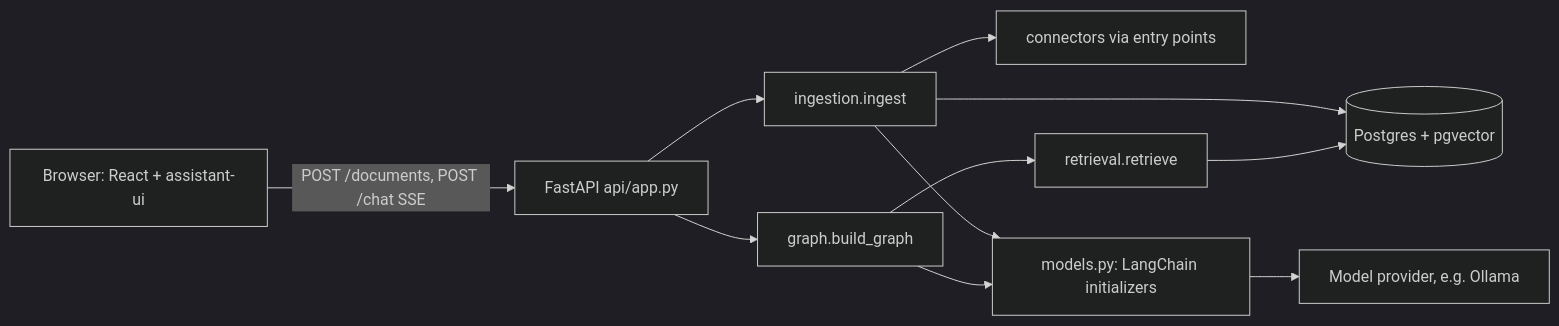
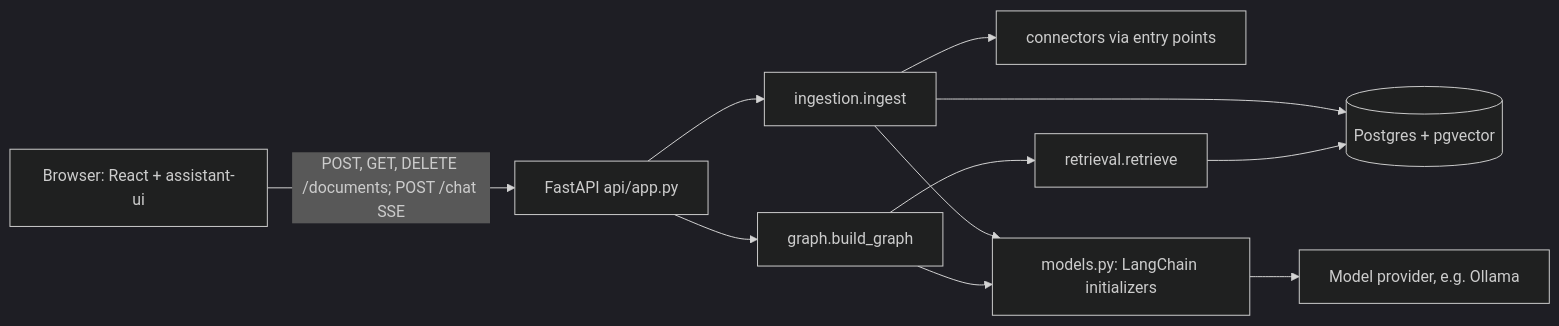
One commit to AaronProbha18/Insight-RAG changed the diagram in docs/architecture/overview.md. Above: the diagram before and after it, drawn with Mermaid (dark theme). The commit also changed other lines of this file and 39 other files, not shown here.

First line of the commit message:
feat: List and delete documents in the UI (#12) (#17)

````diff
--- a/docs/architecture/overview.md
+++ b/docs/architecture/overview.md
@@ -11,12 +11,12 @@
 ```mermaid
 flowchart LR
-  UI[Browser: React + assistant-ui] -->|POST /documents, POST /chat SSE| API[FastAPI api/app.py]
+  UI[Browser: React + assistant-ui] -->|POST, GET, DELETE /documents; POST /chat SSE| API[FastAPI api/app.py]
   API --> ING[ingestion.ingest]
   API --> G[graph.build_graph]
   ING --> C[connectors via entry points]
   ING --> DB[(Postgres + pgvector)]
   G --> R[retrieval.retrieve] --> DB
   ING --> M[models.py: LangChain initializers]
   G --> M
   M --> P[Model provider, e.g. Ollama]
 ```
````
